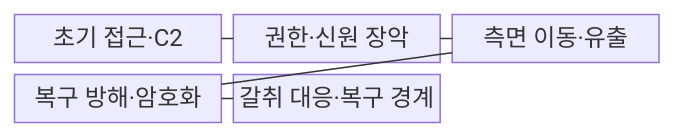
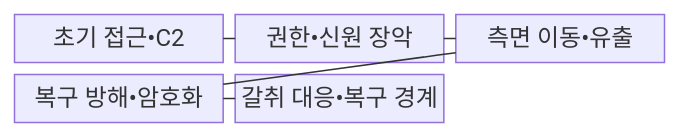
One commit to agnusdei1207/knowledge-base changed the first of 2 diagrams in src/content/docs/notes/05-security/026_ransomware.md. Above: the diagram before and after it, drawn with Mermaid. The commit also changed other lines of this file and 953 other files, not shown here.

````diff
--- a/src/content/docs/notes/05-security/026_ransomware.md
+++ b/src/content/docs/notes/05-security/026_ransomware.md
@@ -65,13 +65,13 @@
 ```mermaid
 block-beta
     columns 3
-    A["초기 접근·C2"]
-    B["권한·신원 장악"]
-    C["측면 이동·유출"]
-    D["복구 방해·암호화"]
-    E["갈취 대응·복구 경계"]
+    A["초기 접근•C2"]
+    B["권한•신원 장악"]
+    C["측면 이동•유출"]
+    D["복구 방해•암호화"]
+    E["갈취 대응•복구 경계"]
     A --- B
     B --- C
     C --- D
     D --- E
 ```
````
